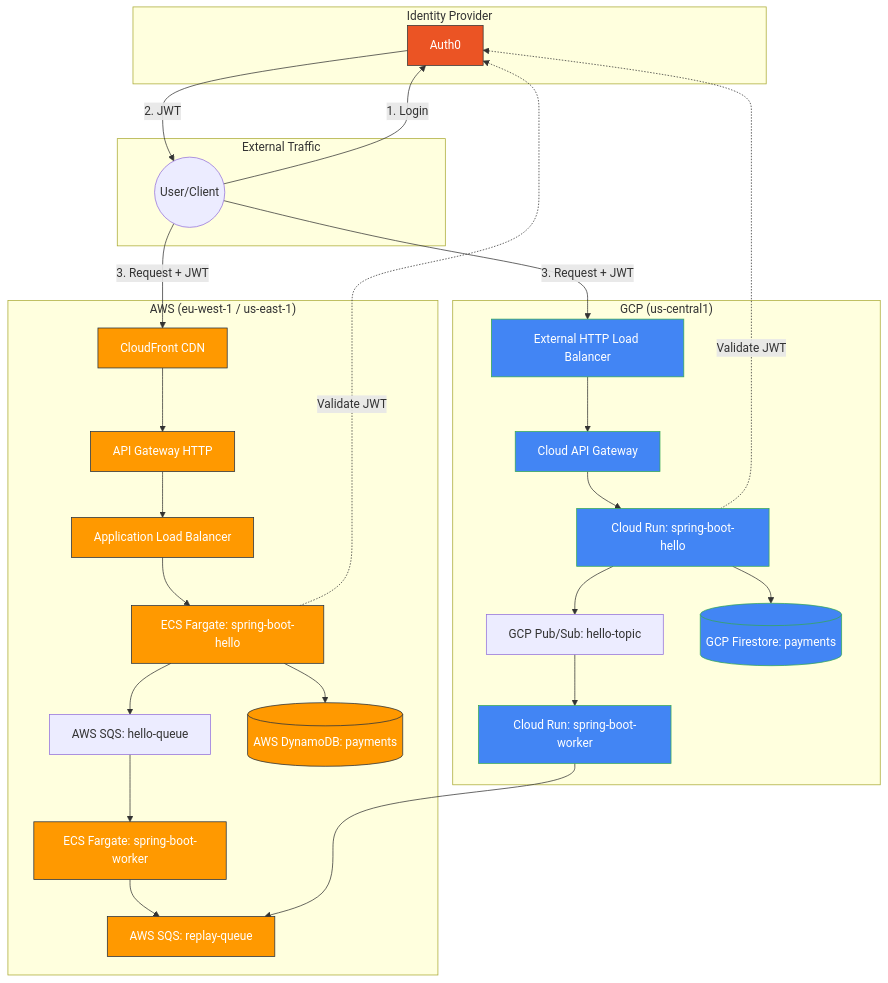
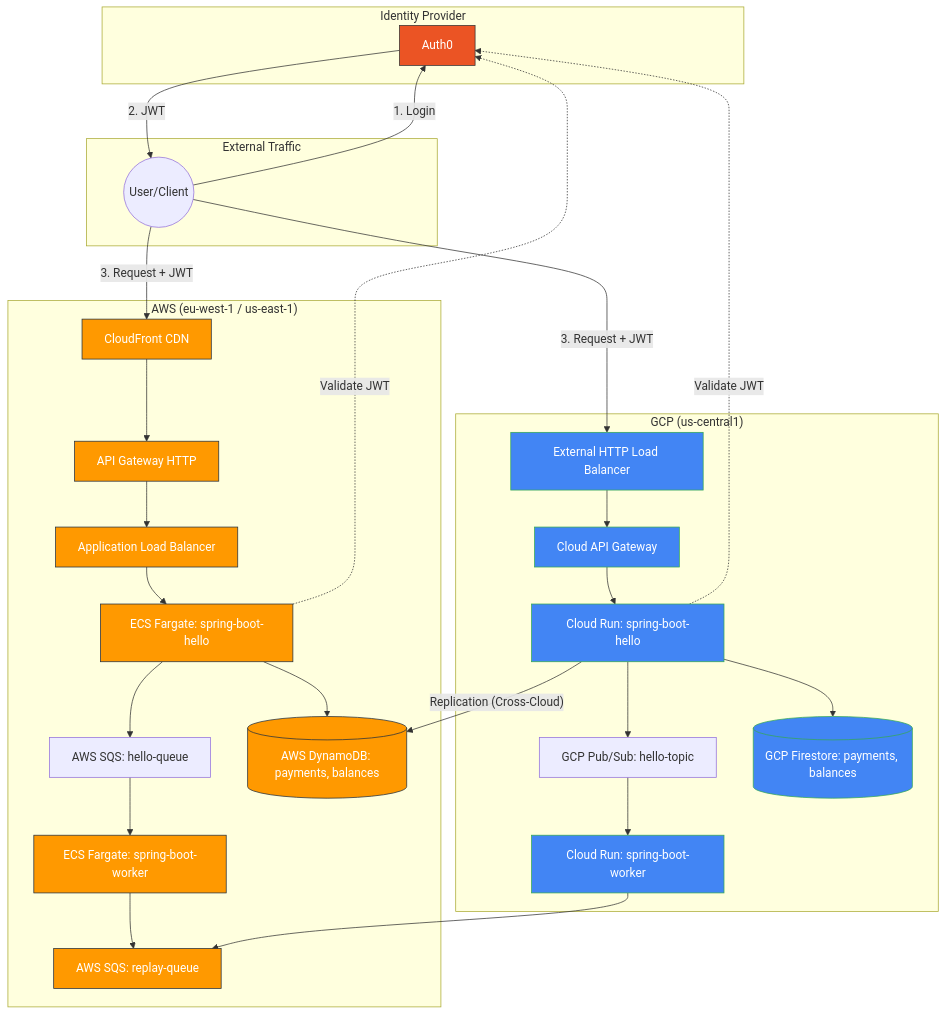
Before and after one commit to Dale-Harrison/multi-cloud-test: the diagram in ARCHITECTURE.md, drawn with Mermaid. The commit also changed other lines of this file, not shown here.

Commit message:
Update architecture diagram with replication and balances

````diff
--- a/ARCHITECTURE.md
+++ b/ARCHITECTURE.md
@@ -9,71 +9,72 @@
 ```mermaid
 graph TD
     subgraph "Identity Provider"
         Auth0[Auth0]
     end
 
     subgraph "External Traffic"
         User((User/Client))
     end
 
     subgraph "AWS (eu-west-1 / us-east-1)"
         CF[CloudFront CDN]
         APIGW_AWS[API Gateway HTTP]
         ALB[Application Load Balancer]
         Hello_AWS[ECS Fargate: spring-boot-hello]
         SQS[AWS SQS: hello-queue]
         Worker_AWS[ECS Fargate: spring-boot-worker]
         REPLAY[AWS SQS: replay-queue]
-        DynamoDB[(AWS DynamoDB: payments)]
+        DynamoDB[(AWS DynamoDB: payments, balances)]
     end
 
     subgraph "GCP (us-central1)"
         GCLB[External HTTP Load Balancer]
         APIGW_GCP[Cloud API Gateway]
         Hello_GCP[Cloud Run: spring-boot-hello]
         PubSub[GCP Pub/Sub: hello-topic]
         Worker_GCP[Cloud Run: spring-boot-worker]
-        Firestore[(GCP Firestore: payments)]
+        Firestore[(GCP Firestore: payments, balances)]
     end
 
     %% Auth Flow
     User -- 1. Login --> Auth0
     Auth0 -- 2. JWT --> User
     User -- 3. Request + JWT --> CF
     User -- 3. Request + JWT --> GCLB
 
     %% AWS Flow
     CF --> APIGW_AWS
     APIGW_AWS --> ALB
     ALB --> Hello_AWS
     Hello_AWS -. Validate JWT .-> Auth0
     Hello_AWS --> SQS
     Hello_AWS --> DynamoDB
     SQS --> Worker_AWS
     Worker_AWS --> REPLAY
 
     %% GCP Flow
     GCLB --> APIGW_GCP
     APIGW_GCP --> Hello_GCP
     Hello_GCP -. Validate JWT .-> Auth0
     Hello_GCP --> PubSub
     Hello_GCP --> Firestore
+    Hello_GCP -- Replication (Cross-Cloud) --> DynamoDB
     PubSub --> Worker_GCP
     Worker_GCP --> REPLAY
 
     %% Styling
     style Auth0 fill:#EB5424,stroke:#333,color:#fff
     style CF fill:#ff9900,stroke:#232f3e,color:#fff
     style APIGW_AWS fill:#ff9900,stroke:#232f3e,color:#fff
     style ALB fill:#ff9900,stroke:#232f3e,color:#fff
     style Hello_AWS fill:#ff9900,stroke:#232f3e,color:#fff
     style Worker_AWS fill:#ff9900,stroke:#232f3e,color:#fff
     style REPLAY fill:#ff9900,stroke:#232f3e,color:#fff
     style DynamoDB fill:#ff9900,stroke:#232f3e,color:#fff
     
     style GCLB fill:#4285F4,stroke:#34A853,color:#fff
     style APIGW_GCP fill:#4285F4,stroke:#34A853,color:#fff
     style Hello_GCP fill:#4285F4,stroke:#34A853,color:#fff
     style Worker_GCP fill:#4285F4,stroke:#34A853,color:#fff
     style Firestore fill:#4285F4,stroke:#34A853,color:#fff
 ```
````
